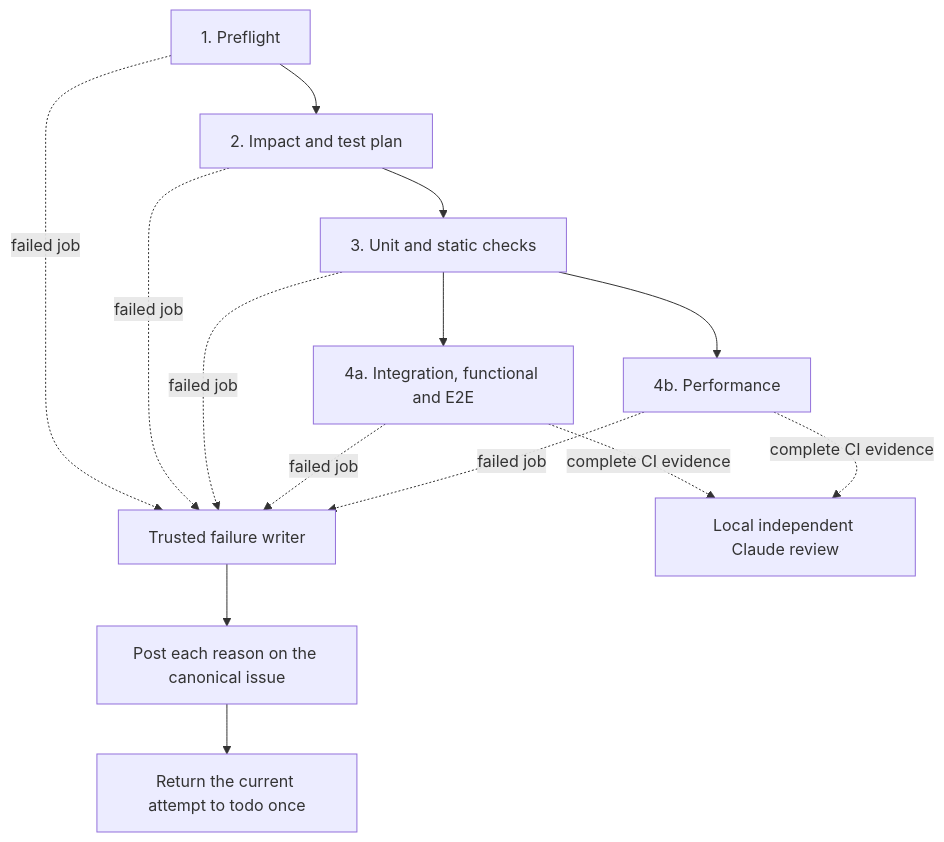
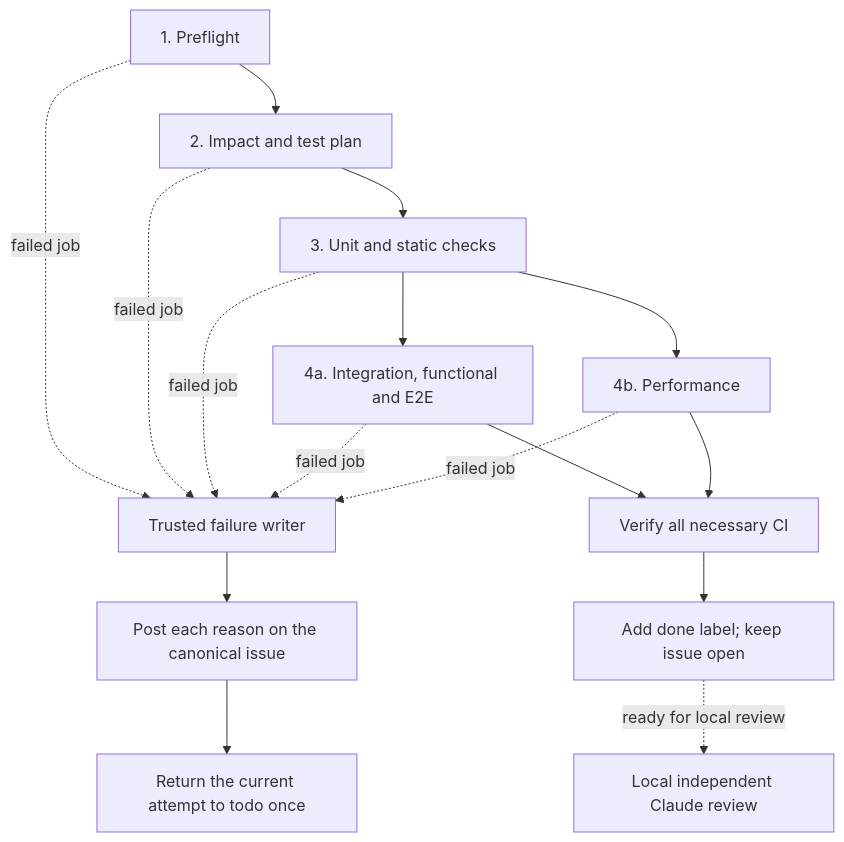
One commit to faberline/aw changed the diagram in docs/standards/development-pipeline.md. Above: the diagram before and after it, drawn with Mermaid. The commit also changed other lines of this file and 5 other files, not shown here.

Commit message:
fix: label CI-qualified open issues done for local review (#142)

````diff
--- a/docs/standards/development-pipeline.md
+++ b/docs/standards/development-pipeline.md
@@ -54,16 +58,18 @@
 ```mermaid
 flowchart TD
     P[1. Preflight] --> A[2. Impact and test plan]
     A --> U[3. Unit and static checks]
     U --> F[4a. Integration, functional and E2E]
     U --> T[4b. Performance]
     P -. failed job .-> W[Trusted failure writer]
     A -. failed job .-> W
     U -. failed job .-> W
     F -. failed job .-> W
     T -. failed job .-> W
     W --> C[Post each reason on the canonical issue]
     C --> Q[Return the current attempt to todo once]
-    F -. complete CI evidence .-> L[Local independent Claude review]
-    T -. complete CI evidence .-> L
+    F --> V[Verify all necessary CI]
+    T --> V
+    V --> D[Add done label; keep issue open]
+    D -. ready for local review .-> L[Local independent Claude review]
 ```
````
